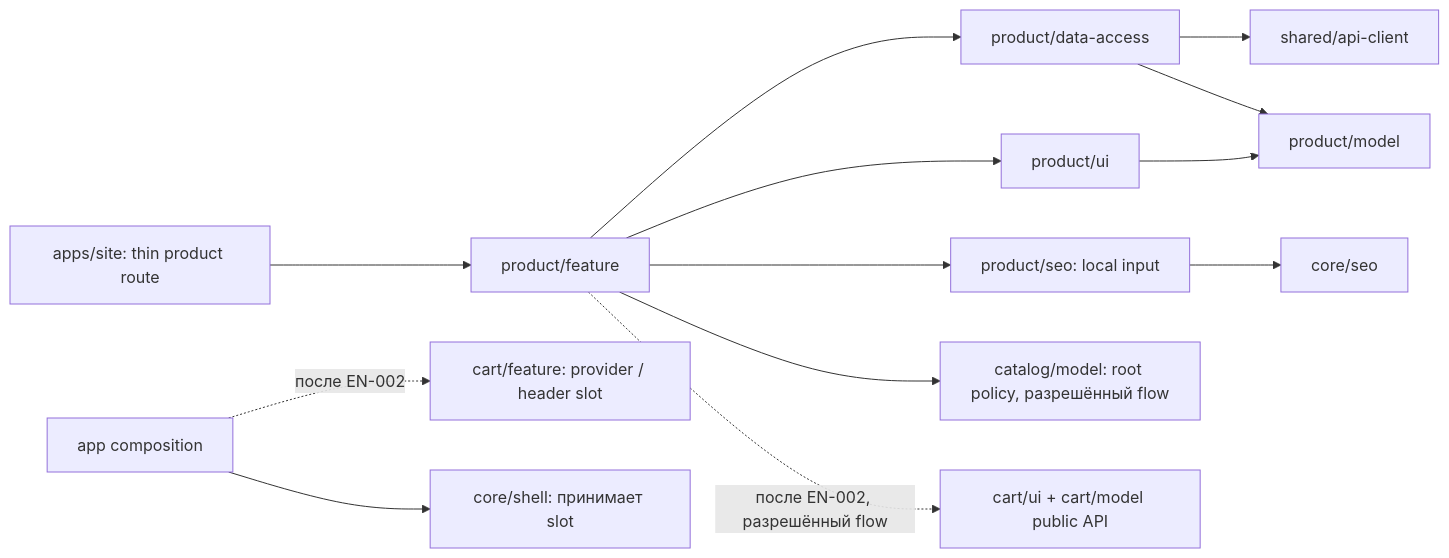
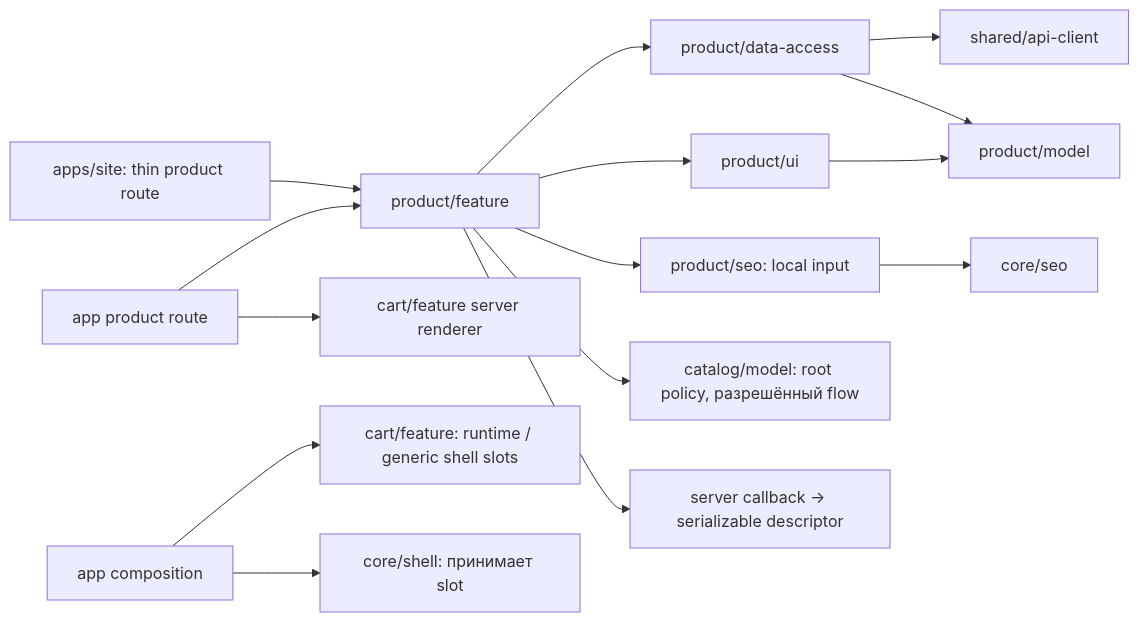
Before and after one commit to Weretik/kedr-web: the diagram in docs/specs/site/product/001-product-details/design/frontend.md, drawn with Mermaid. The commit also changed other lines of this file and 56 other files, not shown here.

First line of the commit message:
feat(site-cart): connect product purchases to shared checkout

````diff
--- a/docs/specs/site/product/001-product-details/design/frontend.md
+++ b/docs/specs/site/product/001-product-details/design/frontend.md
@@ -22,12 +22,14 @@
 ```mermaid
 flowchart LR
   App["apps/site: thin product route"] --> F["product/feature"]
   F --> D["product/data-access"] --> API["shared/api-client"]
   D --> M["product/model"]
   F --> U["product/ui"] --> M
   F --> SEO["product/seo: local input"] --> CoreSEO["core/seo"]
   F --> CatalogModel["catalog/model: root policy, разрешённый flow"]
-  F -. "после EN-002, разрешённый flow" .-> Cart["cart/ui + cart/model public API"]
-  Layout["app composition"] -. "после EN-002" .-> CartFeature["cart/feature: provider / header slot"]
+  Route["app product route"] --> Cart["cart/feature server renderer"]
+  Route --> F
+  F --> Handoff["server callback -> serializable descriptor"]
+  Layout["app composition"] --> CartFeature["cart/feature: runtime / generic shell slots"]
   Layout --> Shell["core/shell: принимает slot"]
 ```
````
